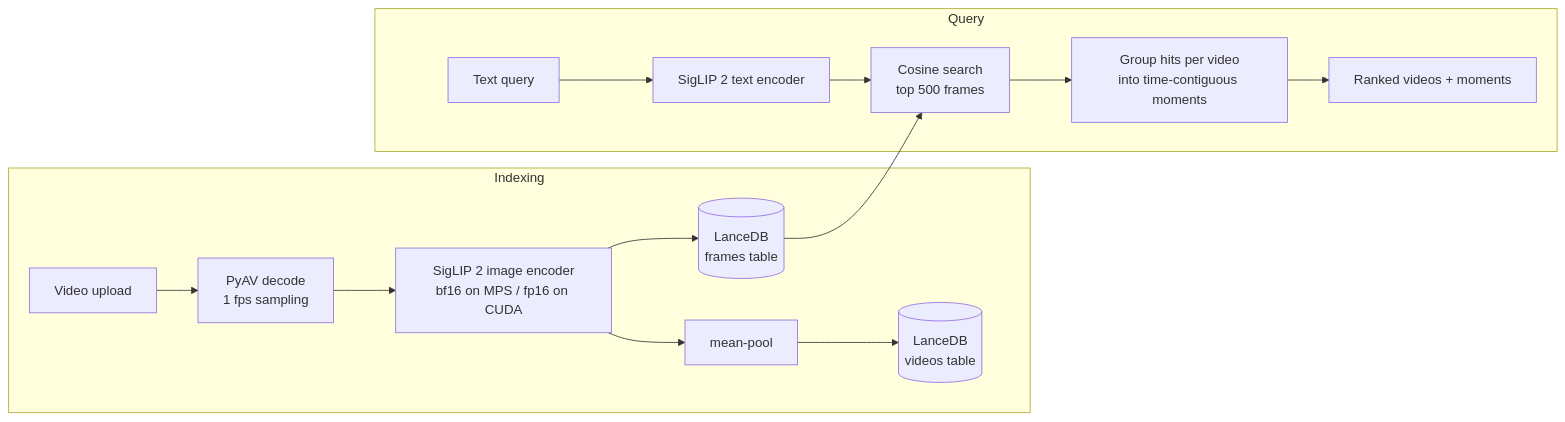
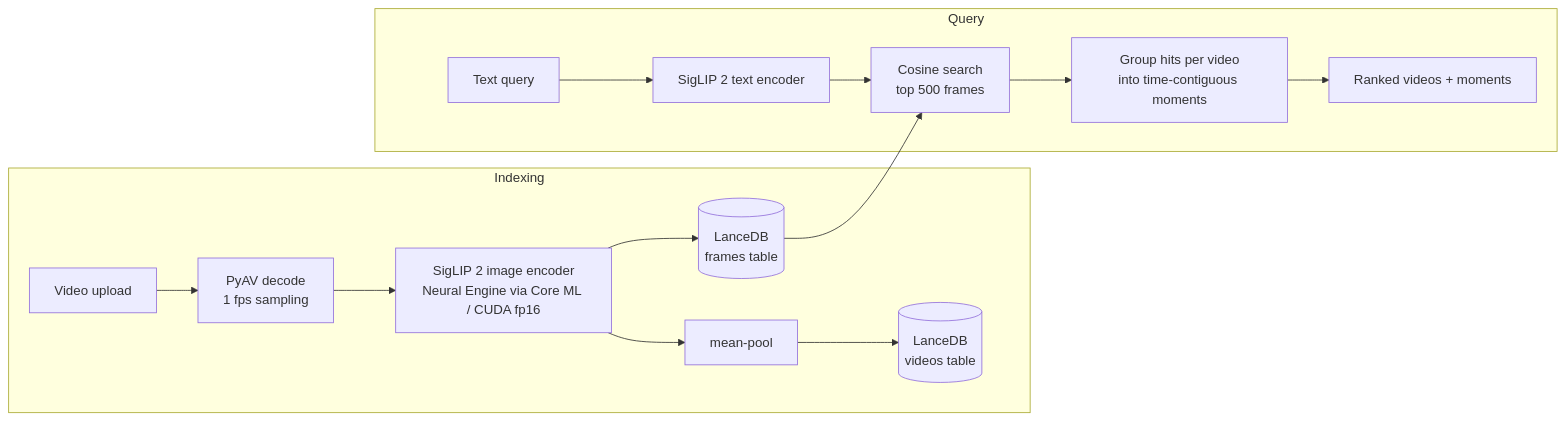
One commit to daven-c/VidSearch changed the diagram in README.md. Above: the diagram before and after it, drawn with Mermaid. The commit also changed other lines of this file and 16 other files, not shown here.

First line of the commit message:
Neural Engine indexing, bulk ingest, and 10k-video library support

````diff
--- a/README.md
+++ b/README.md
@@ -45,16 +53,16 @@
 ```mermaid
 flowchart LR
     subgraph Indexing
         V[Video upload] --> D[PyAV decode<br/>1 fps sampling]
-        D --> E[SigLIP 2 image encoder<br/>bf16 on MPS / fp16 on CUDA]
+        D --> E[SigLIP 2 image encoder<br/>Neural Engine via Core ML / CUDA fp16]
         E --> F[(LanceDB<br/>frames table)]
         E --> P[mean-pool] --> G[(LanceDB<br/>videos table)]
     end
     subgraph Query
         Q[Text query] --> T[SigLIP 2 text encoder]
         T --> S[Cosine search<br/>top 500 frames]
         F --> S
         S --> M[Group hits per video<br/>into time-contiguous moments]
         M --> R[Ranked videos + moments]
     end
 ```
````
